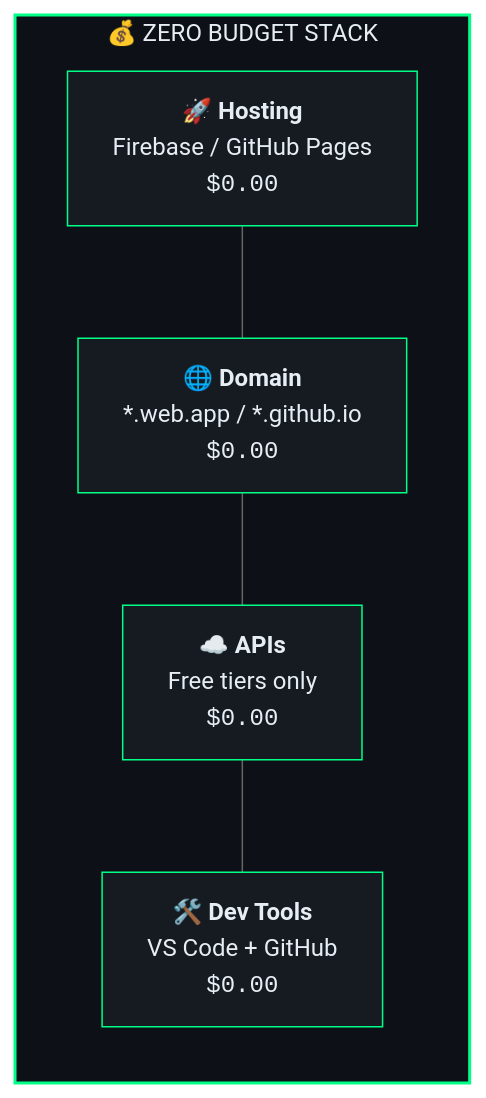
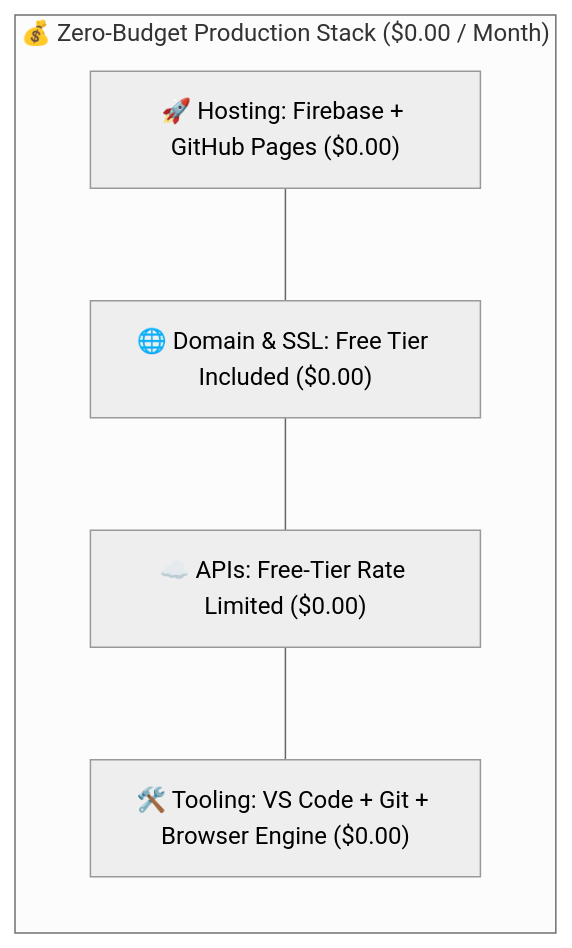
The seventh of 8 diagrams in README.md (Ab-aswini/Aswini--mini-security-tool-portfolio), drawn with Mermaid (neutral theme) before and after one commit. The commit also changed other lines of this file, not shown here.

Commit message:
docs: resolve rich display rendering errors and polish Mermaid architecture diagrams

````diff
--- a/README.md
+++ b/README.md
@@ -330,18 +309,10 @@
 ```mermaid
-graph LR
-    subgraph COST["💰 ZERO BUDGET STACK"]
-        direction TB
-        H["🚀 <b>Hosting</b><br/>Firebase / GitHub Pages<br/><code>$0.00</code>"]
-        D["🌐 <b>Domain</b><br/>*.web.app / *.github.io<br/><code>$0.00</code>"]
-        A["☁️ <b>APIs</b><br/>Free tiers only<br/><code>$0.00</code>"]
-        T["🛠️ <b>Dev Tools</b><br/>VS Code + GitHub<br/><code>$0.00</code>"]
+flowchart LR
+    subgraph COST["💰 Zero-Budget Production Stack ($0.00 / Month)"]
+        H["🚀 Hosting: Firebase + GitHub Pages ($0.00)"]
+        D["🌐 Domain & SSL: Free Tier Included ($0.00)"]
+        A["☁️ APIs: Free-Tier Rate Limited ($0.00)"]
+        T["🛠️ Tooling: VS Code + Git + Browser Engine ($0.00)"]
     end
-
     H --- D --- A --- T
-
-    style COST fill:#0d1117,stroke:#00ff88,stroke-width:2px,color:#e6edf3
-    style H fill:#161b22,stroke:#00ff88,color:#e6edf3
-    style D fill:#161b22,stroke:#00ff88,color:#e6edf3
-    style A fill:#161b22,stroke:#00ff88,color:#e6edf3
-    style T fill:#161b22,stroke:#00ff88,color:#e6edf3
 ```
````
